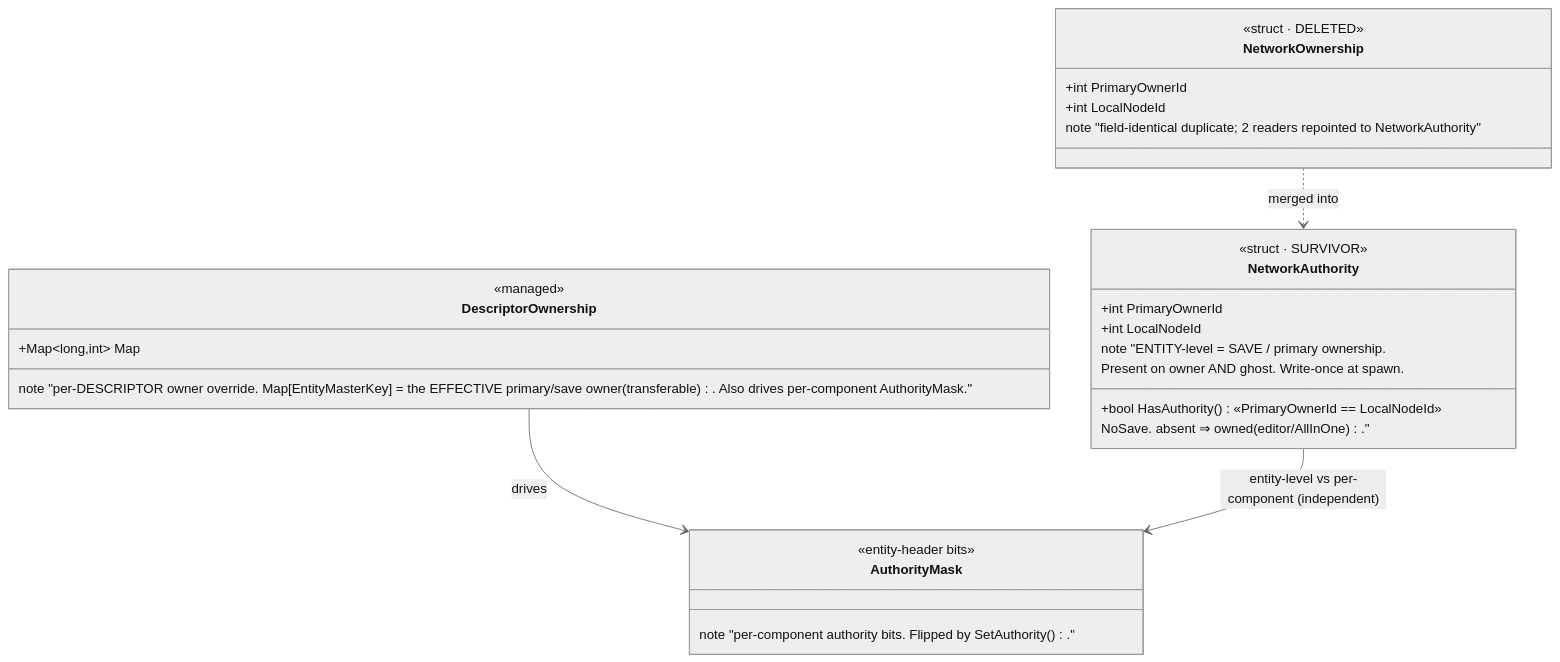
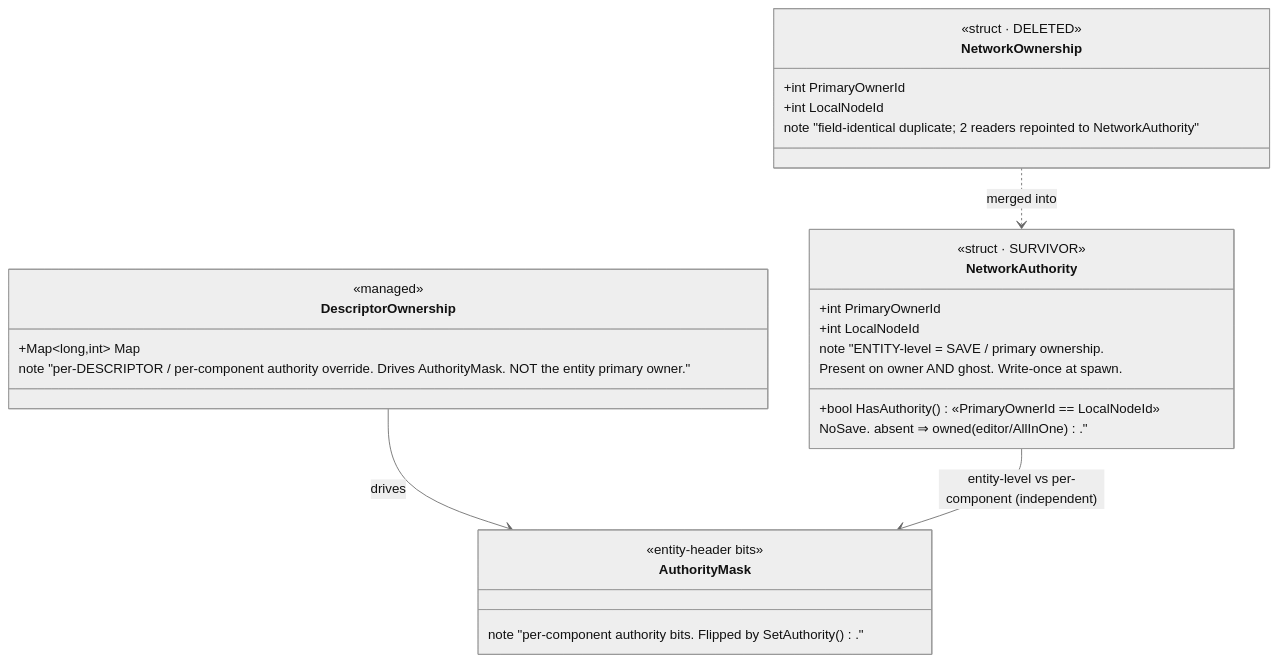
One commit to pjanec/HROT changed the first of 4 diagrams in docs/DESIGN_Distributed_Scenario_Persistence.md. Above: the diagram before and after it, drawn with Mermaid (neutral theme). The commit also changed other lines of this file, not shown here.

````diff
--- a/docs/DESIGN_Distributed_Scenario_Persistence.md
+++ b/docs/DESIGN_Distributed_Scenario_Persistence.md
@@ -114,30 +114,30 @@
 ```mermaid
 classDiagram
     class NetworkAuthority {
         <<struct · SURVIVOR>>
         +int PrimaryOwnerId
         +int LocalNodeId
         +bool HasAuthority()  «PrimaryOwnerId == LocalNodeId»
         note "ENTITY-level = SAVE / primary ownership.
         Present on owner AND ghost. Write-once at spawn.
         NoSave. absent ⇒ owned (editor/AllInOne)."
     }
     class NetworkOwnership {
         <<struct · DELETED>>
         +int PrimaryOwnerId
         +int LocalNodeId
         note "field-identical duplicate; 2 readers repointed to NetworkAuthority"
     }
     class DescriptorOwnership {
         <<managed>>
         +Map~long,int~ Map
-        note "per-DESCRIPTOR owner override. Map[EntityMasterKey] = the EFFECTIVE primary/save owner (transferable). Also drives per-component AuthorityMask."
+        note "per-DESCRIPTOR / per-component authority override. Drives AuthorityMask. NOT the entity primary owner."
     }
     class AuthorityMask {
         <<entity-header bits>>
         note "per-component authority bits. Flipped by SetAuthority()."
     }
     NetworkOwnership ..> NetworkAuthority : merged into
     DescriptorOwnership --> AuthorityMask : drives
     NetworkAuthority --> AuthorityMask : entity-level vs per-component (independent)
 ```
````
